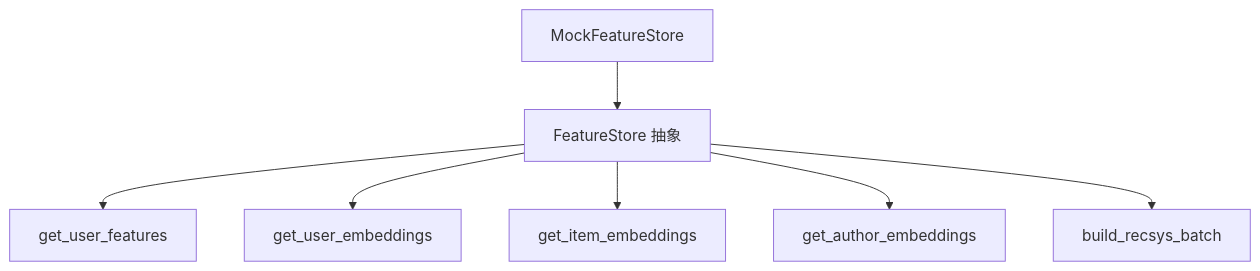
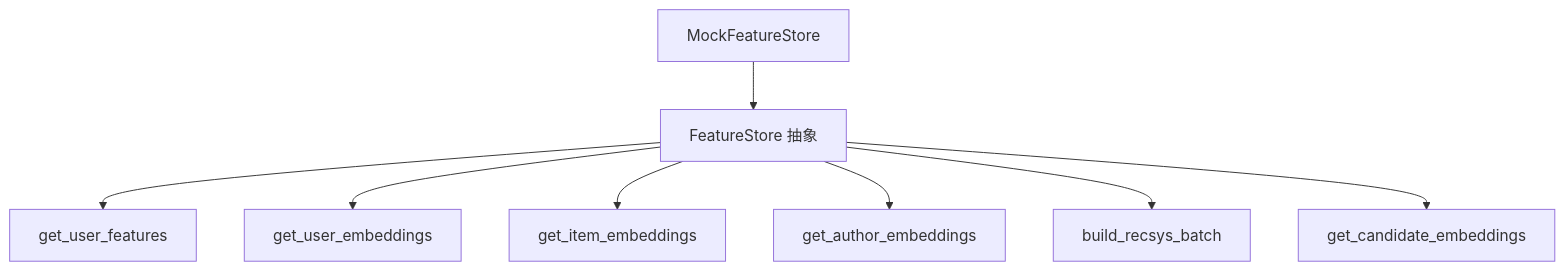
Before and after one commit to freefcw/x-algorithm: the fourth of 8 diagrams in docs/phoenix/04-serving-and-runtime.md, drawn with Mermaid. The commit also changed other lines of this file and 44 other files, not shown here.

````diff
--- a/docs/phoenix/04-serving-and-runtime.md
+++ b/docs/phoenix/04-serving-and-runtime.md
@@ -121,9 +122,10 @@
 ```mermaid
 graph TD
     A[FeatureStore 抽象] --> B[get_user_features]
     A --> C[get_user_embeddings]
     A --> D[get_item_embeddings]
     A --> E[get_author_embeddings]
     A --> F[build_recsys_batch]
+    A --> H[get_candidate_embeddings]
     G[MockFeatureStore] --> A
 ```
````
